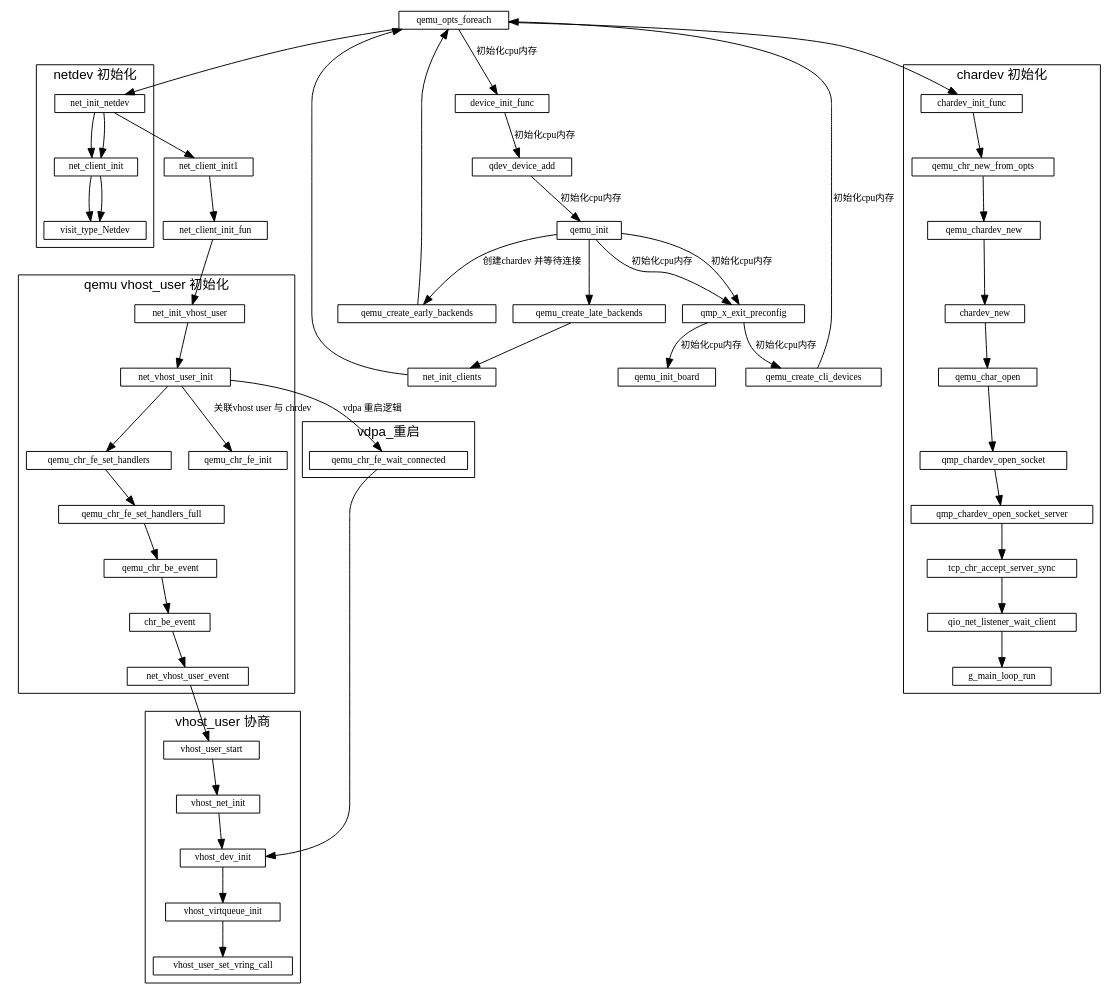
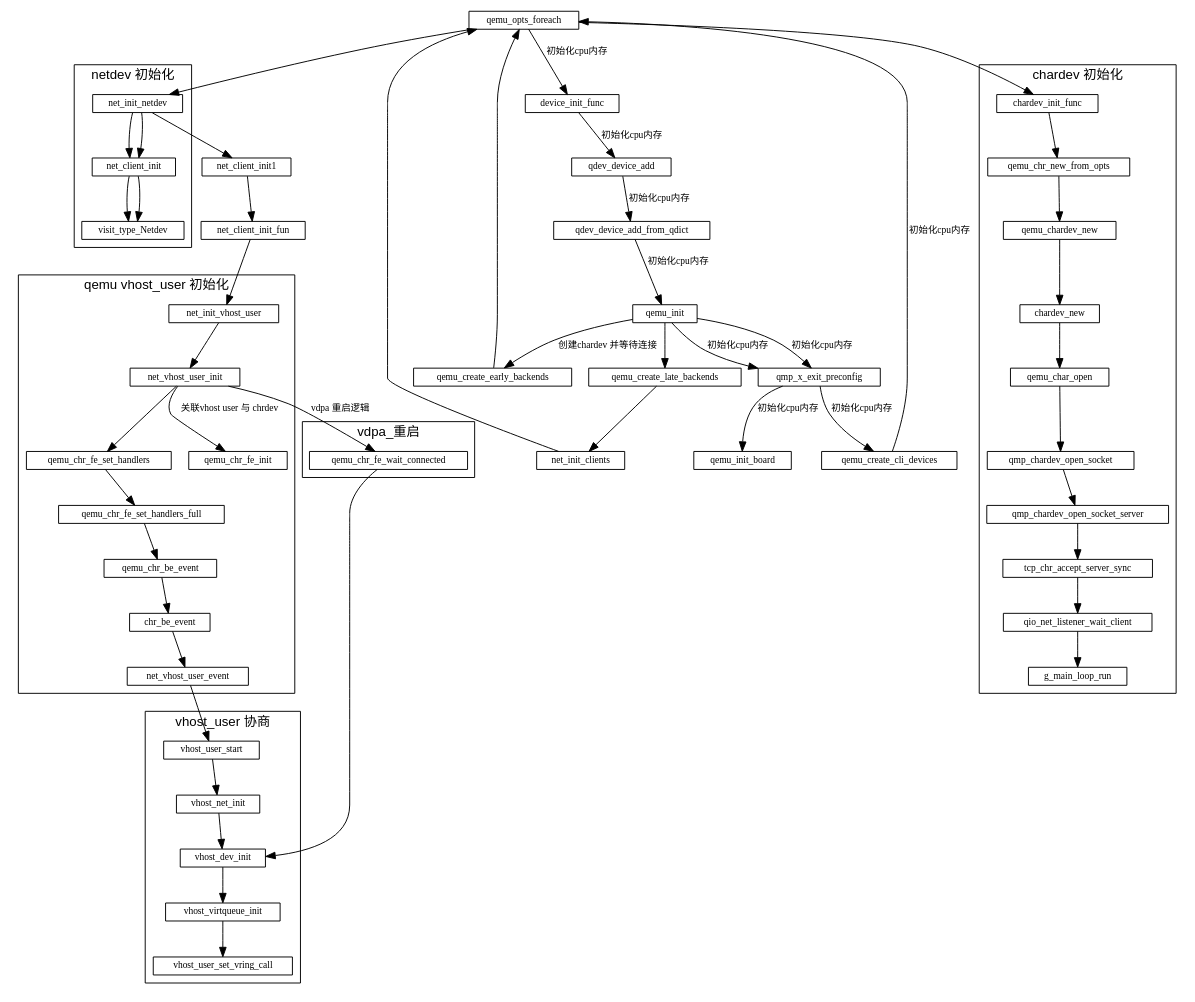
Before and after one commit to sisyphus1212/note: the diagram in qemu/qemu初始化.md, drawn with Graphviz.

Commit message:
auto_update

```diff
--- a/qemu/qemu初始化.md
+++ b/qemu/qemu初始化.md
@@ -97,6 +97,7 @@
               -> qemu_opts_foreach
               -> device_init_func
               -> qdev_device_add
+              -> qdev_device_add_from_qdict
               ->
     qemu_init -> qmp_x_exit_preconfig
               -> qemu_init_board[label="初始化cpu内存"]
```
